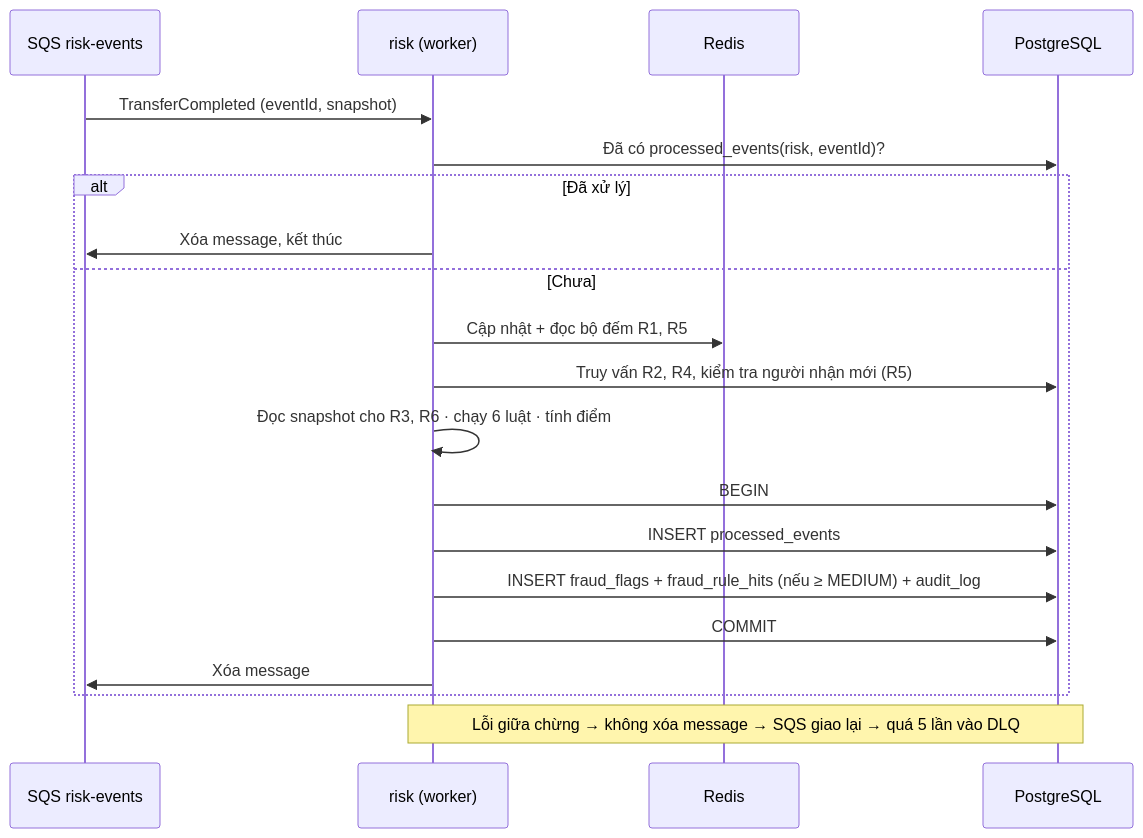
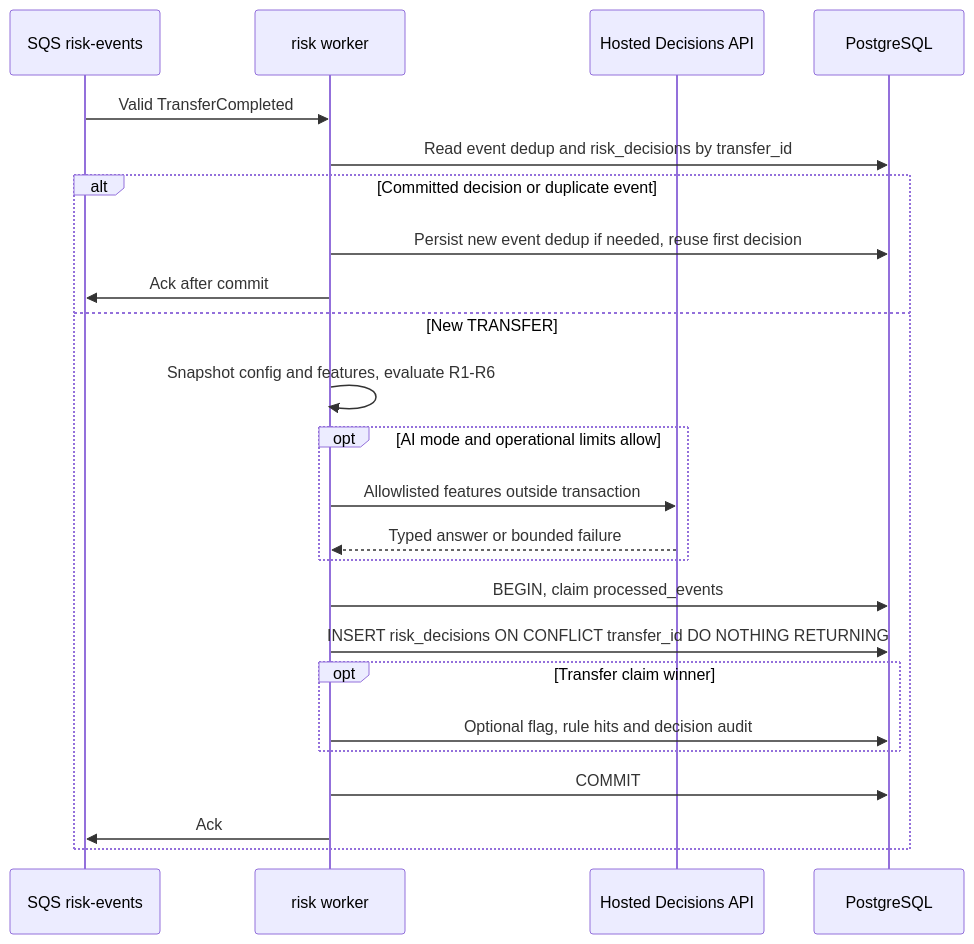
One commit to Lawliet119/digital-banking-simulator changed the third of 4 diagrams in docs/components/risk/FRAUD_DETECTION_GUIDE.md. Above: the diagram before and after it, drawn with Mermaid. The commit also changed other lines of this file and 18 other files, not shown here.

Commit message:
docs(risk): đề xuất fraud rules kết hợp API AI

````diff
--- a/docs/components/risk/FRAUD_DETECTION_GUIDE.md
+++ b/docs/components/risk/FRAUD_DETECTION_GUIDE.md
@@ -280,23 +277,26 @@
 ```mermaid
 sequenceDiagram
     participant Q as SQS risk-events
-    participant W as risk (worker)
-    participant R as Redis
+    participant W as risk worker
+    participant P as Hosted Decisions API
     participant DB as PostgreSQL
-
-    Q->>W: TransferCompleted (eventId, snapshot)
-    W->>DB: Đã có processed_events(risk, eventId)?
-    alt Đã xử lý
-        W->>Q: Xóa message, kết thúc
-    else Chưa
-        W->>R: Cập nhật + đọc bộ đếm R1, R5
-        W->>DB: Truy vấn R2, R4, kiểm tra người nhận mới (R5)
-        W->>W: Đọc snapshot cho R3, R6 · chạy 6 luật · tính điểm
-        W->>DB: BEGIN
-        W->>DB: INSERT processed_events
-        W->>DB: INSERT fraud_flags + fraud_rule_hits (nếu ≥ MEDIUM) + audit_log
+    Q->>W: Valid TransferCompleted
+    W->>DB: Read event dedup and risk_decisions by transfer_id
+    alt Committed decision or duplicate event
+        W->>DB: Persist new event dedup if needed, reuse first decision
+        W->>Q: Ack after commit
+    else New TRANSFER
+        W->>W: Snapshot config and features, evaluate R1-R6
+        opt AI mode and operational limits allow
+            W->>P: Allowlisted features outside transaction
+            P-->>W: Typed answer or bounded failure
+        end
+        W->>DB: BEGIN, claim processed_events
+        W->>DB: INSERT risk_decisions ON CONFLICT transfer_id DO NOTHING RETURNING
+        opt Transfer claim winner
+            W->>DB: Optional flag, rule hits and decision audit
+        end
         W->>DB: COMMIT
-        W->>Q: Xóa message
+        W->>Q: Ack
     end
-    Note over W,DB: Lỗi giữa chừng → không xóa message → SQS giao lại → quá 5 lần vào DLQ
 ```
````
